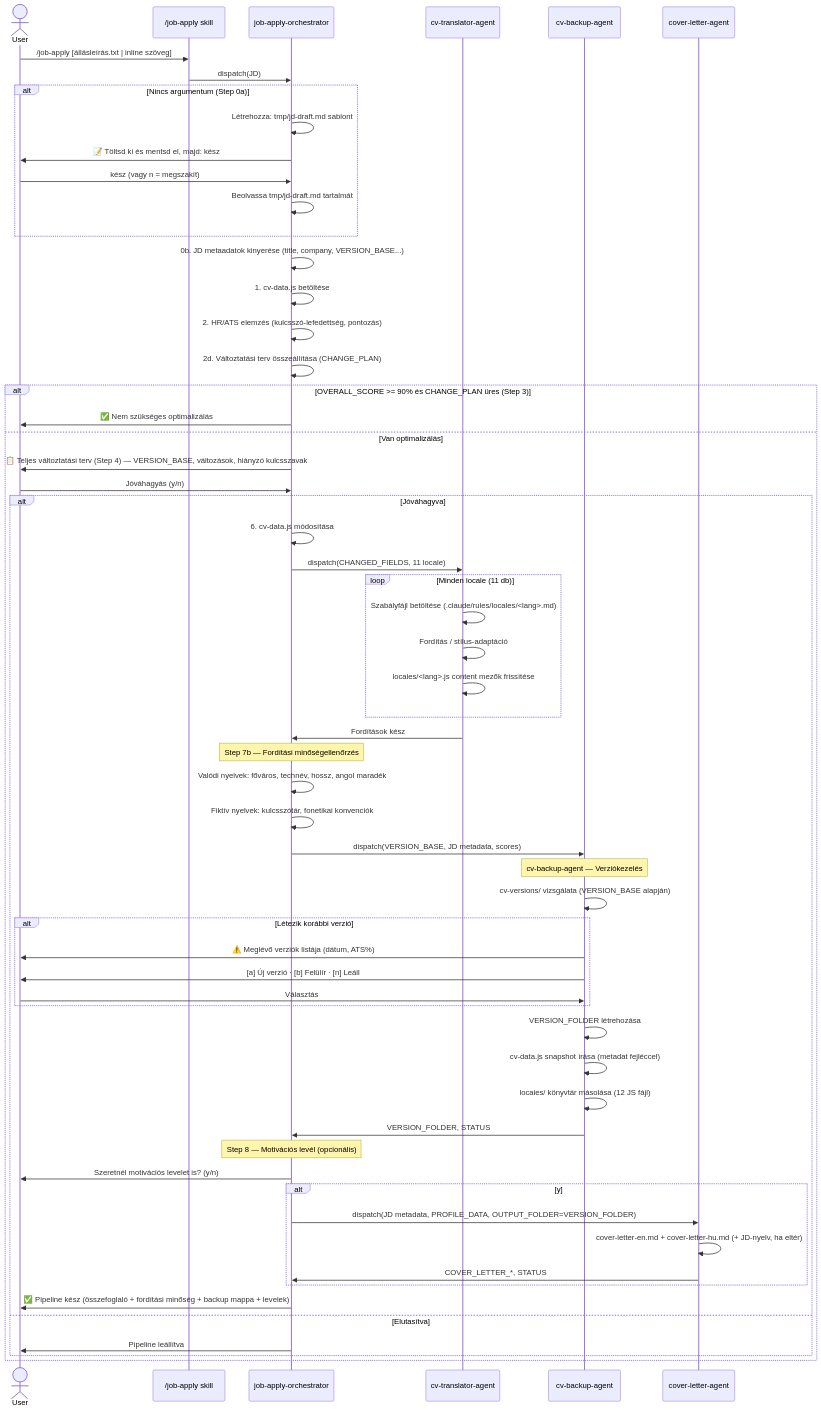
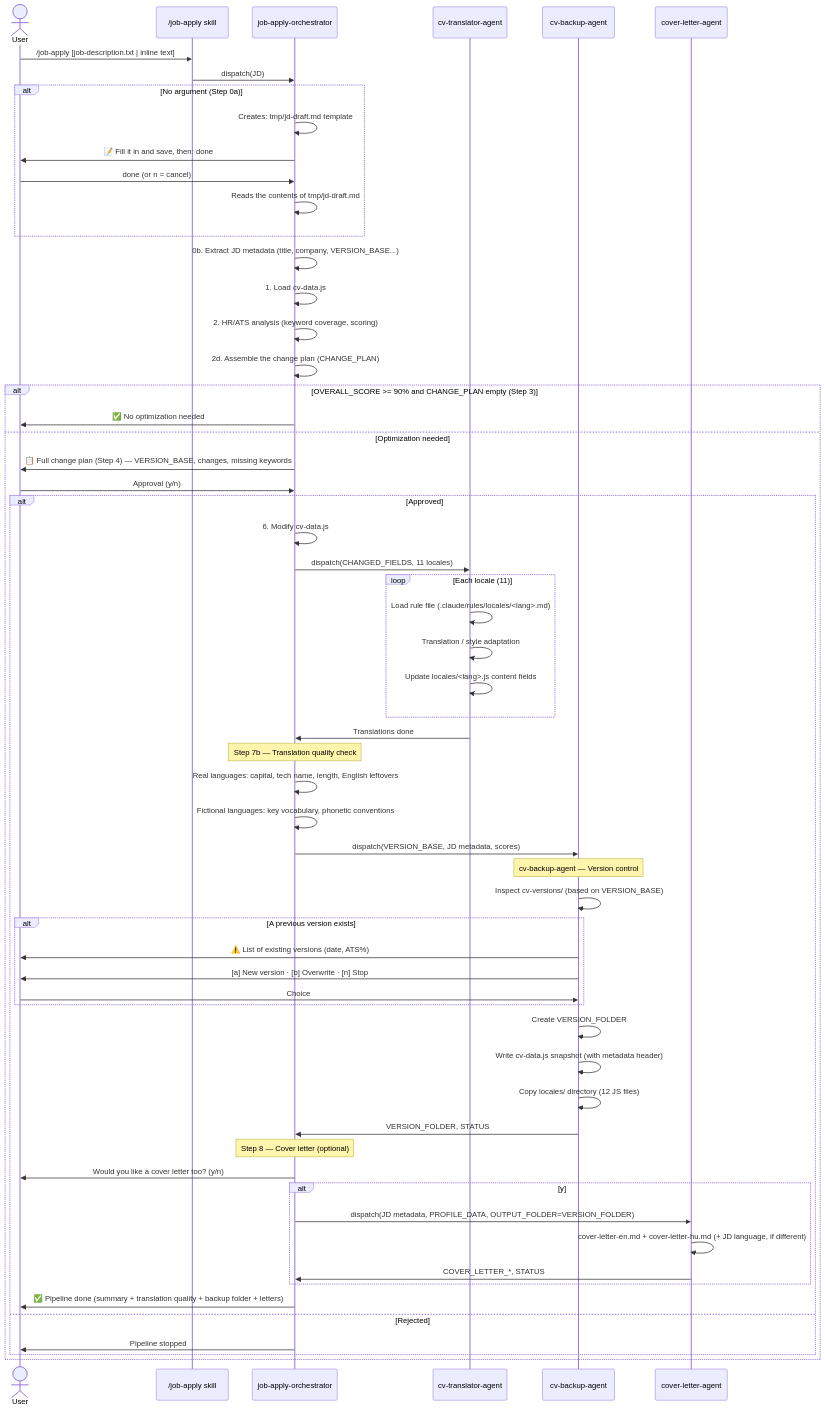
The second of 5 diagrams in devdocs/ai-workflow.md (exphoenee/CV), drawn with Mermaid before and after one commit. The commit also changed other lines of this file and 11 other files, not shown here.

````diff
--- a/devdocs/ai-workflow.md
+++ b/devdocs/ai-workflow.md
@@ -111,76 +116,76 @@
 ```mermaid
 sequenceDiagram
     actor User
     participant JA as /job-apply skill
     participant JAO as job-apply-orchestrator
     participant CTA as cv-translator-agent
     participant CBA as cv-backup-agent
     participant CLA as cover-letter-agent
 
-    User->>JA: /job-apply [állásleírás.txt | inline szöveg]
+    User->>JA: /job-apply [job-description.txt | inline text]
     JA->>JAO: dispatch(JD)
 
-    alt Nincs argumentum (Step 0a)
-        JAO->>JAO: Létrehozza: tmp/jd-draft.md sablont
-        JAO->>User: 📝 Töltsd ki és mentsd el, majd: kész
-        User->>JAO: kész (vagy n = megszakít)
-        JAO->>JAO: Beolvassa tmp/jd-draft.md tartalmát
+    alt No argument (Step 0a)
+        JAO->>JAO: Creates: tmp/jd-draft.md template
+        JAO->>User: 📝 Fill it in and save, then: done
+        User->>JAO: done (or n = cancel)
+        JAO->>JAO: Reads the contents of tmp/jd-draft.md
     end
 
-    JAO->>JAO: 0b. JD metaadatok kinyerése (title, company, VERSION_BASE...)
-    JAO->>JAO: 1. cv-data.js betöltése
-    JAO->>JAO: 2. HR/ATS elemzés (kulcsszó-lefedettség, pontozás)
-    JAO->>JAO: 2d. Változtatási terv összeállítása (CHANGE_PLAN)
+    JAO->>JAO: 0b. Extract JD metadata (title, company, VERSION_BASE...)
+    JAO->>JAO: 1. Load cv-data.js
+    JAO->>JAO: 2. HR/ATS analysis (keyword coverage, scoring)
+    JAO->>JAO: 2d. Assemble the change plan (CHANGE_PLAN)
 
-    alt OVERALL_SCORE >= 90% és CHANGE_PLAN üres (Step 3)
-        JAO->>User: ✅ Nem szükséges optimalizálás
-    else Van optimalizálás
-        JAO->>User: 📋 Teljes változtatási terv (Step 4) — VERSION_BASE, változások, hiányzó kulcsszavak
-        User->>JAO: Jóváhagyás (y/n)
+    alt OVERALL_SCORE >= 90% and CHANGE_PLAN empty (Step 3)
+        JAO->>User: ✅ No optimization needed
+    else Optimization needed
+        JAO->>User: 📋 Full change plan (Step 4) — VERSION_BASE, changes, missing keywords
+        User->>JAO: Approval (y/n)
 
-        alt Jóváhagyva
-            JAO->>JAO: 6. cv-data.js módosítása
-            JAO->>CTA: dispatch(CHANGED_FIELDS, 11 locale)
+        alt Approved
+            JAO->>JAO: 6. Modify cv-data.js
+            JAO->>CTA: dispatch(CHANGED_FIELDS, 11 locales)
 
-            loop Minden locale (11 db)
-                CTA->>CTA: Szabályfájl betöltése (.claude/rules/locales/<lang>.md)
-                CTA->>CTA: Fordítás / stílus-adaptáció
-                CTA->>CTA: locales/<lang>.js content mezők frissítése
+            loop Each locale (11)
+                CTA->>CTA: Load rule file (.claude/rules/locales/<lang>.md)
+                CTA->>CTA: Translation / style adaptation
+                CTA->>CTA: Update locales/<lang>.js content fields
             end
 
-            CTA->>JAO: Fordítások kész
+            CTA->>JAO: Translations done
 
-            Note over JAO: Step 7b — Fordítási minőségellenőrzés
-            JAO->>JAO: Valódi nyelvek: főváros, technév, hossz, angol maradék
-            JAO->>JAO: Fiktív nyelvek: kulcsszótár, fonetikai konvenciók
+            Note over JAO: Step 7b — Translation quality check
+            JAO->>JAO: Real languages: capital, tech name, length, English leftovers
+            JAO->>JAO: Fictional languages: key vocabulary, phonetic conventions
 
             JAO->>CBA: dispatch(VERSION_BASE, JD metadata, scores)
 
-            Note over CBA: cv-backup-agent — Verziókezelés
-            CBA->>CBA: cv-versions/ vizsgálata (VERSION_BASE alapján)
+            Note over CBA: cv-backup-agent — Version control
+            CBA->>CBA: Inspect cv-versions/ (based on VERSION_BASE)
 
-            alt Létezik korábbi verzió
-                CBA->>User: ⚠️ Meglévő verziók listája (dátum, ATS%)
-                CBA->>User: [a] Új verzió · [b] Felülír · [n] Leáll
-                User->>CBA: Választás
+            alt A previous version exists
+                CBA->>User: ⚠️ List of existing versions (date, ATS%)
+                CBA->>User: [a] New version · [b] Overwrite · [n] Stop
+                User->>CBA: Choice
             end
 
-            CBA->>CBA: VERSION_FOLDER létrehozása
-            CBA->>CBA: cv-data.js snapshot írása (metadat fejléccel)
-            CBA->>CBA: locales/ könyvtár másolása (12 JS fájl)
+            CBA->>CBA: Create VERSION_FOLDER
+            CBA->>CBA: Write cv-data.js snapshot (with metadata header)
+            CBA->>CBA: Copy locales/ directory (12 JS files)
             CBA->>JAO: VERSION_FOLDER, STATUS
 
-            Note over JAO: Step 8 — Motivációs levél (opcionális)
-            JAO->>User: Szeretnél motivációs levelet is? (y/n)
+            Note over JAO: Step 8 — Cover letter (optional)
+            JAO->>User: Would you like a cover letter too? (y/n)
             alt y
                 JAO->>CLA: dispatch(JD metadata, PROFILE_DATA, OUTPUT_FOLDER=VERSION_FOLDER)
-                CLA->>CLA: cover-letter-en.md + cover-letter-hu.md (+ JD-nyelv, ha eltér)
+                CLA->>CLA: cover-letter-en.md + cover-letter-hu.md (+ JD language, if different)
                 CLA->>JAO: COVER_LETTER_*, STATUS
             end
 
-            JAO->>User: ✅ Pipeline kész (összefoglaló + fordítási minőség + backup mappa + levelek)
-        else Elutasítva
-            JAO->>User: Pipeline leállítva
+            JAO->>User: ✅ Pipeline done (summary + translation quality + backup folder + letters)
+        else Rejected
+            JAO->>User: Pipeline stopped
         end
     end
 ```
````
